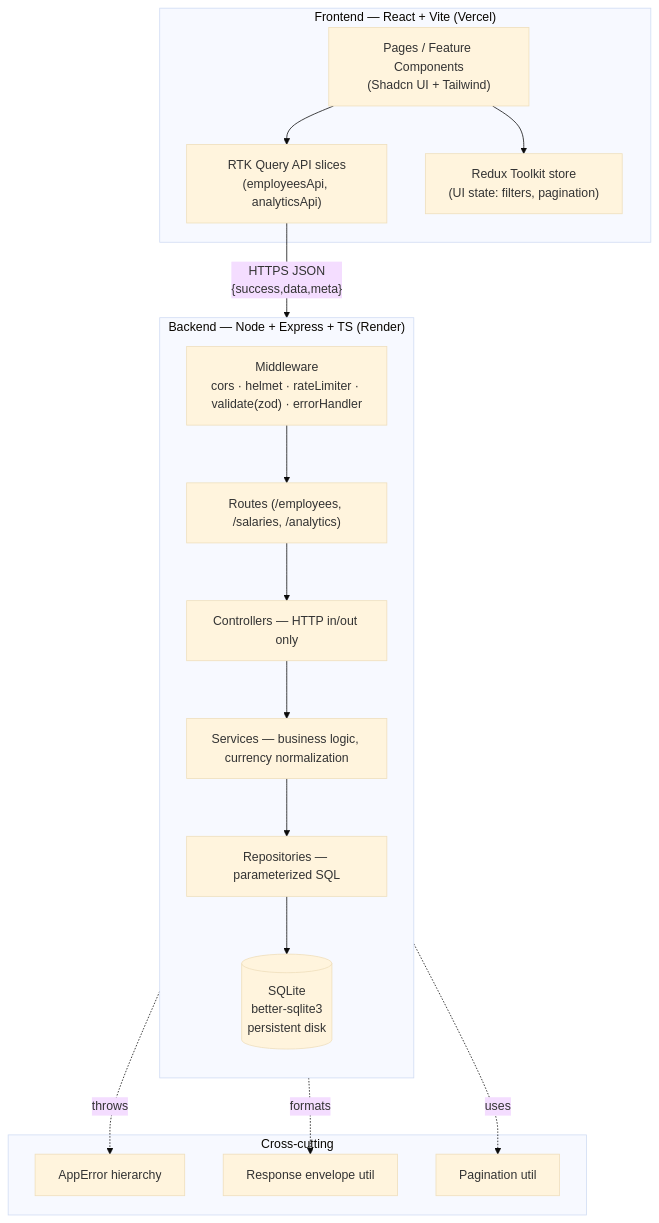
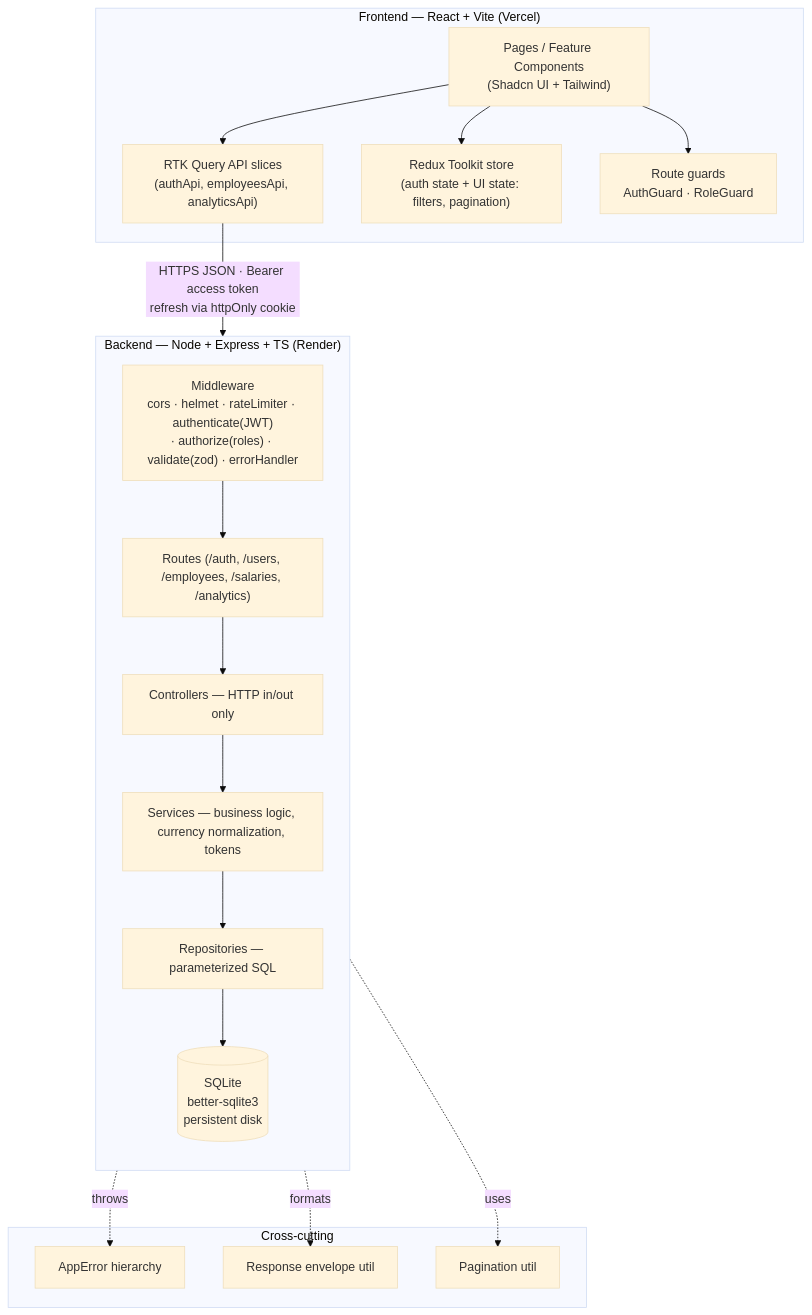
The first of 3 diagrams in docs/ARCHITECTURE.md (shirbhateisha-ui/EmpSalaryManagementSystem), drawn with Mermaid (base theme) before and after one commit. The commit also changed other lines of this file and 13 other files, not shown here.

````diff
--- a/docs/ARCHITECTURE.md
+++ b/docs/ARCHITECTURE.md
@@ -42,32 +43,34 @@
 ```mermaid
 flowchart TB
     subgraph Client["Frontend — React + Vite (Vercel)"]
         UI["Pages / Feature Components<br/>(Shadcn UI + Tailwind)"]
-        RTKQ["RTK Query API slices<br/>(employeesApi, analyticsApi)"]
-        Store["Redux Toolkit store<br/>(UI state: filters, pagination)"]
+        RTKQ["RTK Query API slices<br/>(authApi, employeesApi, analyticsApi)"]
+        Store["Redux Toolkit store<br/>(auth state + UI state: filters, pagination)"]
+        Guards["Route guards<br/>AuthGuard · RoleGuard"]
         UI --> Store
         UI --> RTKQ
+        UI --> Guards
     end
 
     subgraph Server["Backend — Node + Express + TS (Render)"]
         direction TB
-        MW["Middleware<br/>cors · helmet · rateLimiter · validate(zod) · errorHandler"]
-        Routes["Routes (/employees, /salaries, /analytics)"]
+        MW["Middleware<br/>cors · helmet · rateLimiter · authenticate(JWT)<br/>· authorize(roles) · validate(zod) · errorHandler"]
+        Routes["Routes (/auth, /users, /employees, /salaries, /analytics)"]
         Ctrl["Controllers — HTTP in/out only"]
-        Svc["Services — business logic, currency normalization"]
+        Svc["Services — business logic, currency normalization, tokens"]
         Repo["Repositories — parameterized SQL"]
         DB[("SQLite<br/>better-sqlite3<br/>persistent disk")]
         MW --> Routes --> Ctrl --> Svc --> Repo --> DB
     end
 
-    RTKQ -- "HTTPS JSON<br/>{success,data,meta}" --> MW
+    RTKQ -- "HTTPS JSON · Bearer access token<br/>refresh via httpOnly cookie" --> MW
 
     subgraph Cross["Cross-cutting"]
         Err["AppError hierarchy"]
         Resp["Response envelope util"]
         Pag["Pagination util"]
     end
     Svc -.throws.-> Err
     Ctrl -.formats.-> Resp
     Repo -.uses.-> Pag
 ```
````
